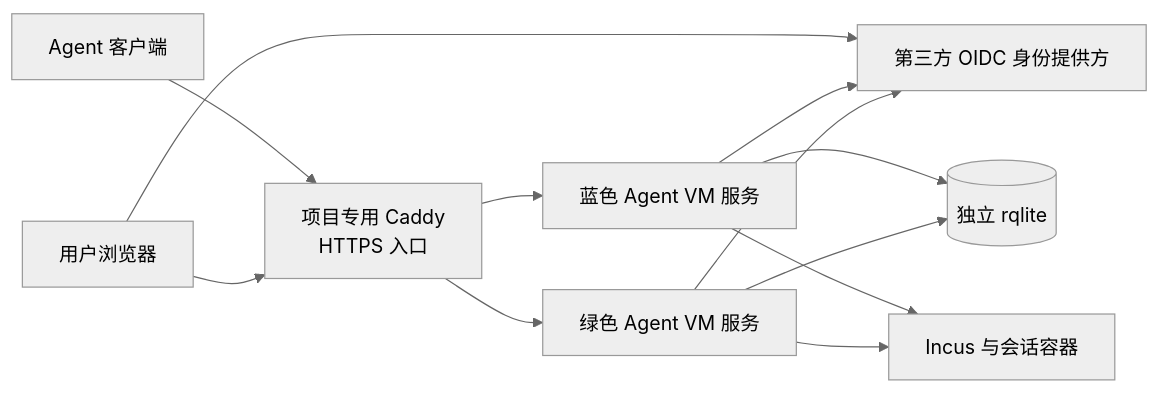
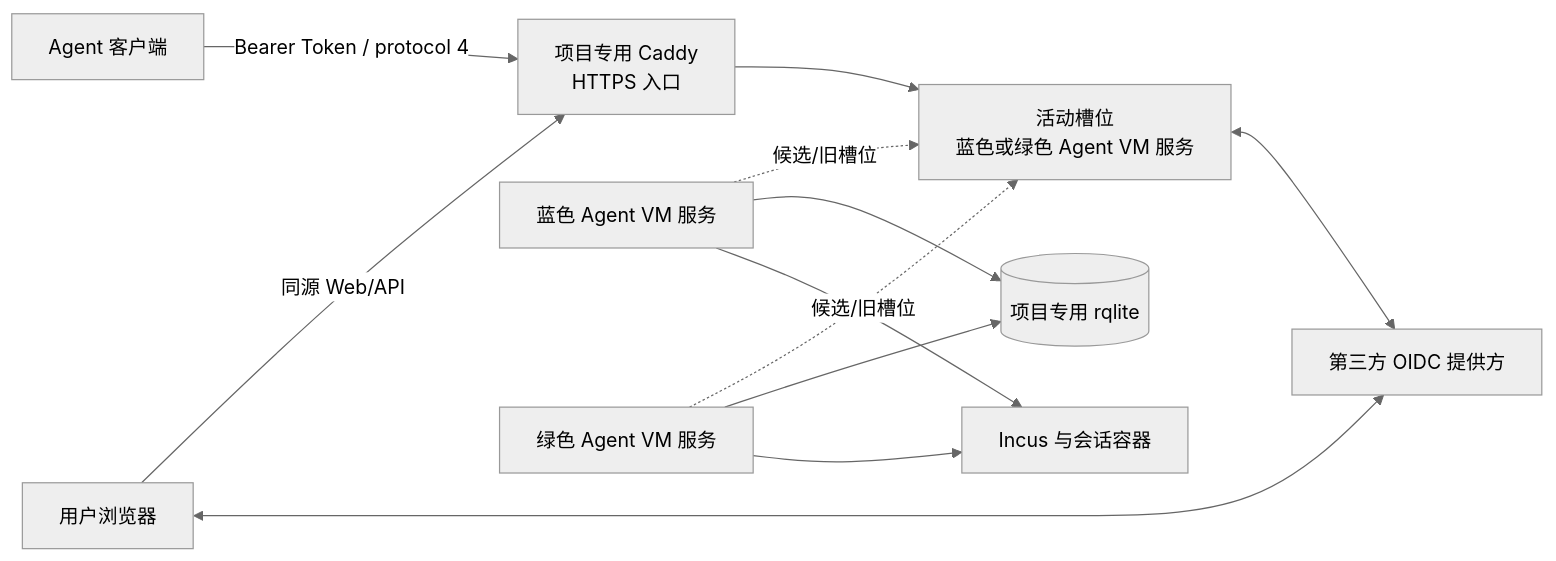
Before and after one commit to IvanLi-CN/agent-vm: the diagram in docs/architecture/system.md, drawn with Mermaid (neutral theme). The commit also changed other lines of this file and 19 other files, not shown here.

Commit message:
docs: converge blue-green service contracts

````diff
--- a/docs/architecture/system.md
+++ b/docs/architecture/system.md
@@ -11,14 +13,14 @@
 ```mermaid
 flowchart LR
-    Client["Agent 客户端"] --> Edge["项目专用 Caddy<br/>HTTPS 入口"]
-    Browser["用户浏览器"] --> Edge
-    Browser --> OIDC["第三方 OIDC 身份提供方"]
-    Edge --> Blue["蓝色 Agent VM 服务"]
-    Edge --> Green["绿色 Agent VM 服务"]
-    Blue --> OIDC
-    Green --> OIDC
-    Blue --> DB[("独立 rqlite")]
+    Client["Agent 客户端"] -->|Bearer Token / protocol 4| Edge["项目专用 Caddy<br/>HTTPS 入口"]
+    Browser["用户浏览器"] -->|同源 Web/API| Edge
+    Browser <--> OIDC["第三方 OIDC 提供方"]
+    Edge --> Active["活动槽位<br/>蓝色或绿色 Agent VM 服务"]
+    Blue["蓝色 Agent VM 服务"] -.候选/旧槽位.-> Active
+    Green["绿色 Agent VM 服务"] -.候选/旧槽位.-> Active
+    Active <--> OIDC
+    Blue --> DB[("项目专用 rqlite")]
     Green --> DB
     Blue --> Incus["Incus 与会话容器"]
     Green --> Incus
 ```
````
